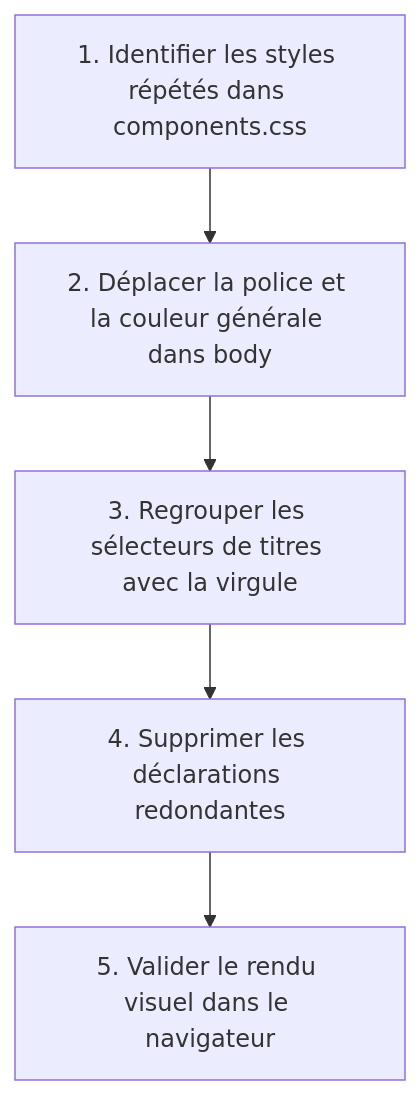
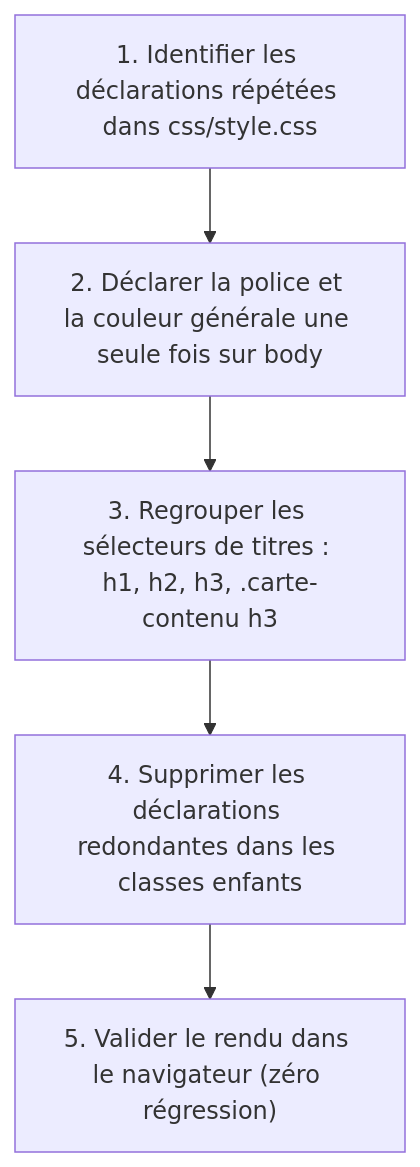
The diagram in _tutos/D.122.2-css/UA.122.24/T.122.241/mutualiser-regles-selecteurs-groupes-heritage.md (solicode-web-mobile/autoformations-web), drawn with Mermaid before and after one commit. The commit also changed other lines of this file and 39 other files, not shown here.

````diff
--- a/_tutos/D.122.2-css/UA.122.24/T.122.241/mutualiser-regles-selecteurs-groupes-heritage.md
+++ b/_tutos/D.122.2-css/UA.122.24/T.122.241/mutualiser-regles-selecteurs-groupes-heritage.md
@@ -27,7 +27,7 @@
 ```mermaid
 flowchart TD
-    A["1. Identifier les styles répétés dans components.css"] --> B["2. Déplacer la police et la couleur générale dans body"]
-    B --> C["3. Regrouper les sélecteurs de titres avec la virgule"]
-    C --> D["4. Supprimer les déclarations redondantes"]
-    D --> E["5. Valider le rendu visuel dans le navigateur"]
+    A["1. Identifier les déclarations répétées dans css/style.css"] --> B["2. Déclarer la police et la couleur générale une seule fois sur body"]
+    B --> C["3. Regrouper les sélecteurs de titres : h1, h2, h3, .carte-contenu h3"]
+    C --> D["4. Supprimer les déclarations redondantes dans les classes enfants"]
+    D --> E["5. Valider le rendu dans le navigateur (zéro régression)"]
 ```
````
